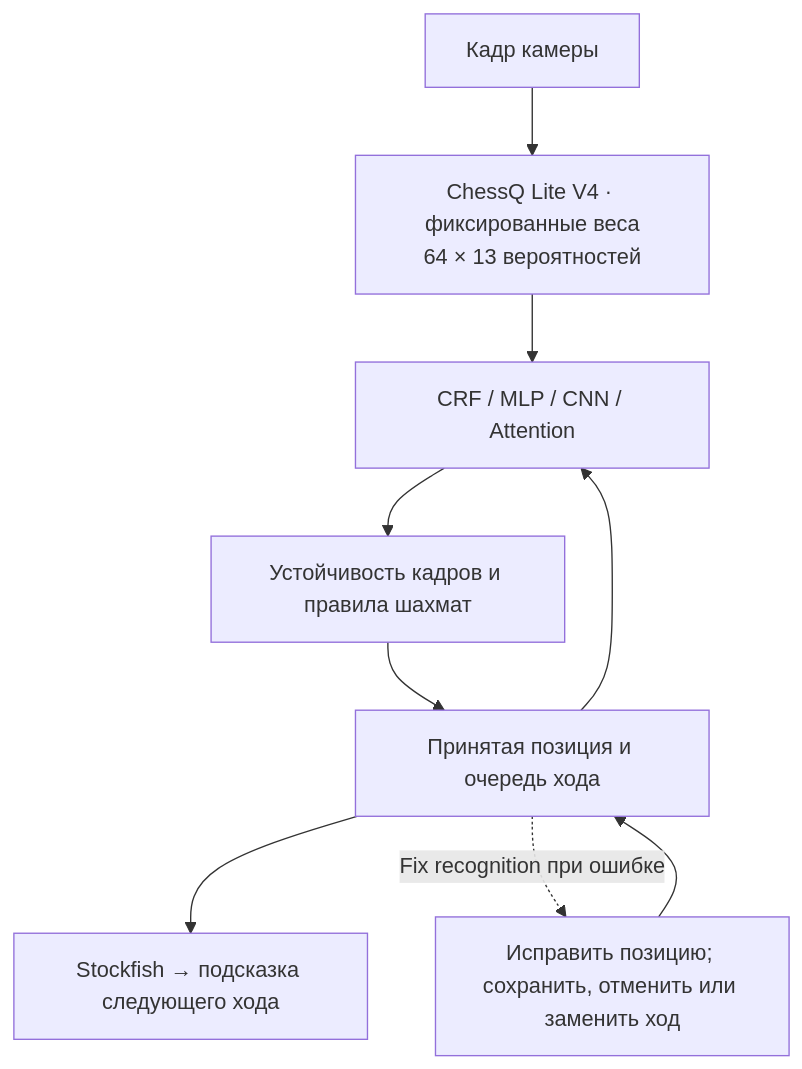
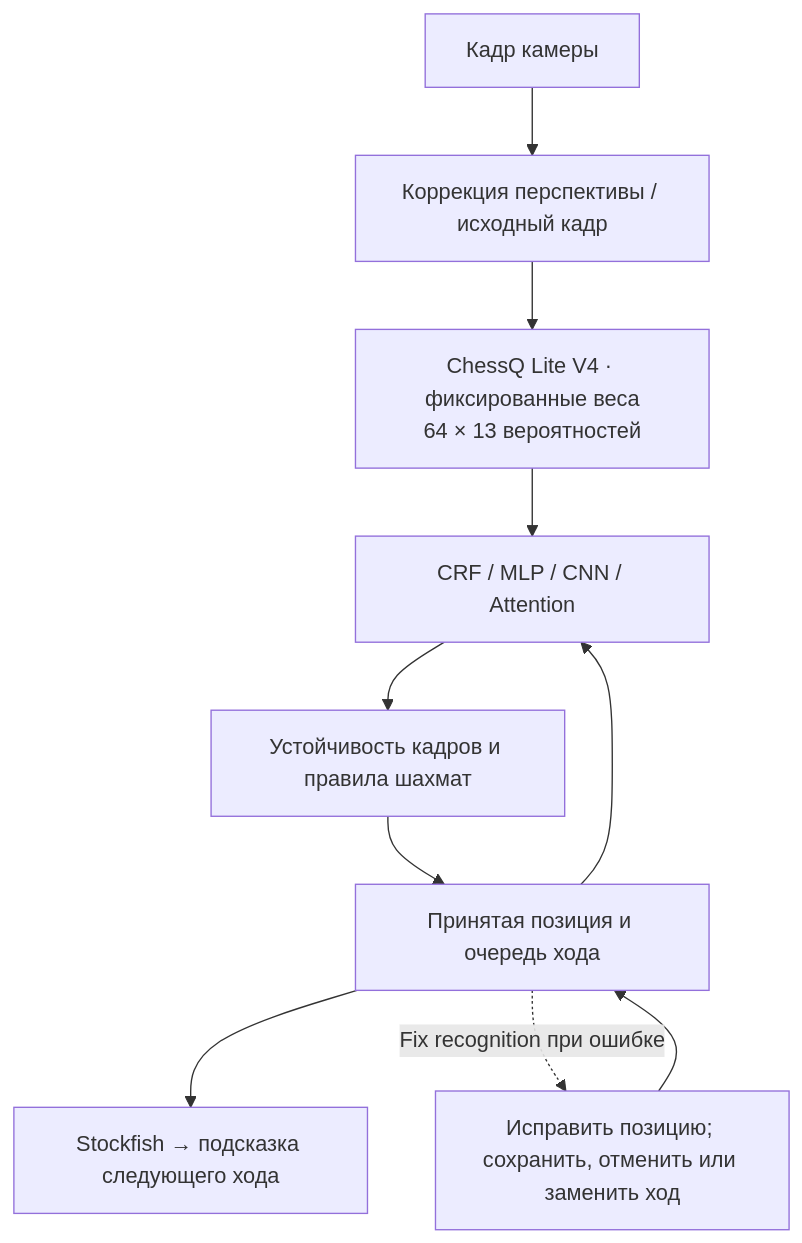
One commit to AmethystineAlpaca/camera_chess changed the diagram in README.ru.md. Above: the diagram before and after it, drawn with Mermaid. The commit also changed other lines of this file and 39 other files, not shown here.

````diff
--- a/README.ru.md
+++ b/README.ru.md
@@ -37,11 +53,12 @@
 ```mermaid
 flowchart TD
-    C["Кадр камеры"] --> V["ChessQ Lite V4 · фиксированные веса<br/>64 × 13 вероятностей"]
+    C["Кадр камеры"] --> P["Коррекция перспективы / исходный кадр"]
+    P --> V["ChessQ Lite V4 · фиксированные веса<br/>64 × 13 вероятностей"]
     V --> R["CRF / MLP / CNN / Attention"]
     G["Принятая позиция и очередь хода"] --> R
     R --> T["Устойчивость кадров и правила шахмат"]
     T --> G
     G --> S["Stockfish → подсказка следующего хода"]
     G -. "Fix recognition при ошибке" .-> F["Исправить позицию; сохранить, отменить или заменить ход"]
     F --> G
 ```
````
